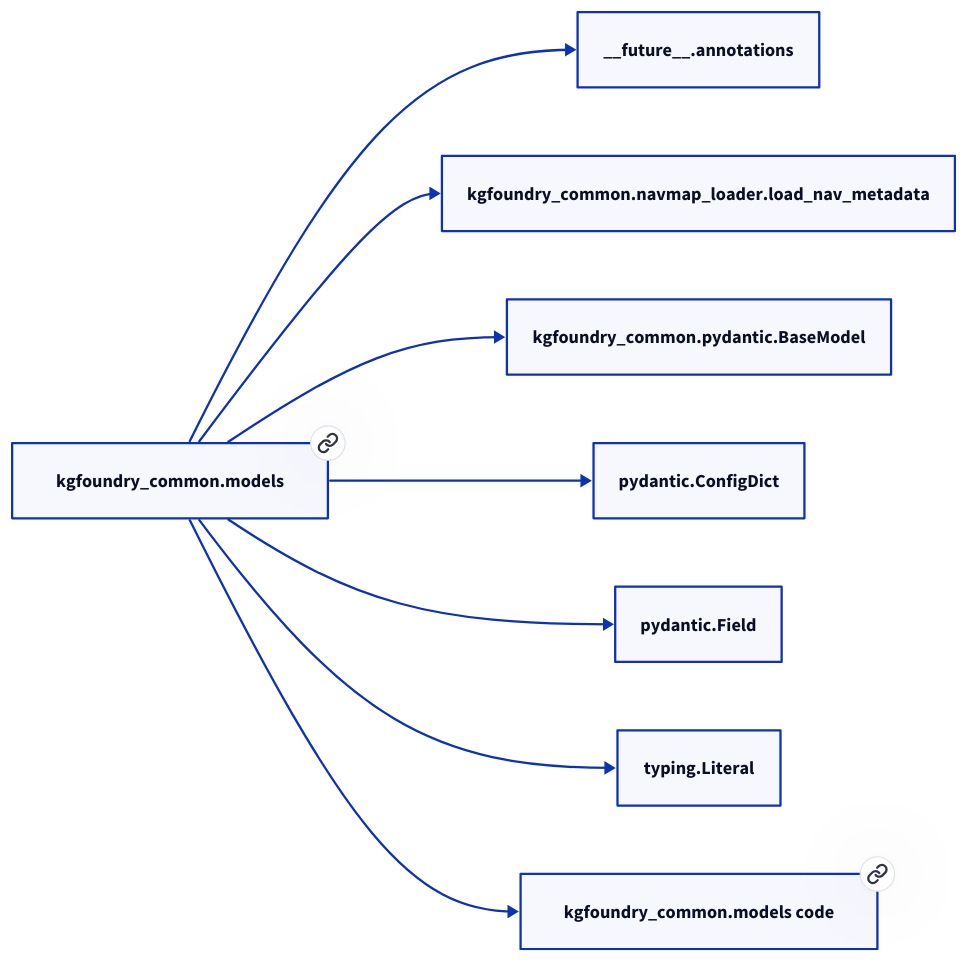
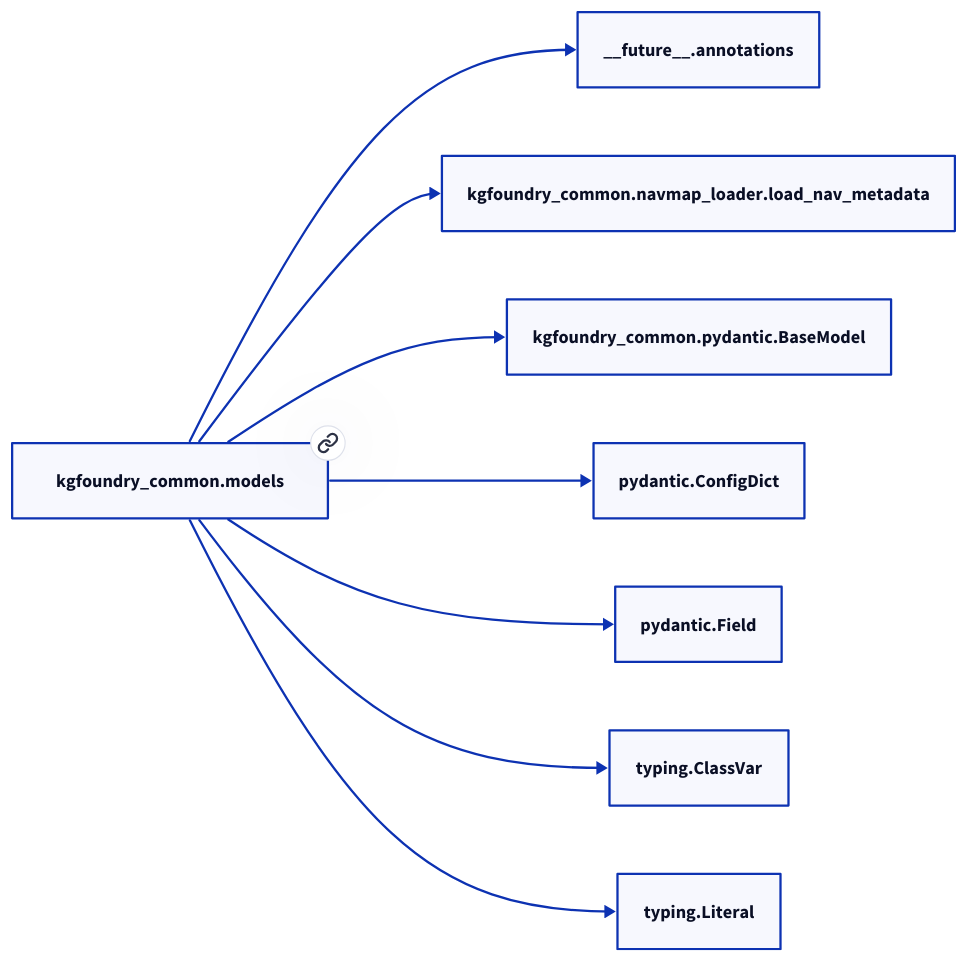
Before and after one commit to paul-heyse/kgforge: the second of 2 diagrams in docs/modules/kgfoundry_common/models.md, drawn with D2. The commit also changed other lines of this file and 118 other files, not shown here.

````diff
--- a/docs/modules/kgfoundry_common/models.md
+++ b/docs/modules/kgfoundry_common/models.md
@@ -64,18 +62,18 @@
 ```d2
 direction: right
-"kgfoundry_common.models": "kgfoundry_common.models" { link: "./kgfoundry_common/models.md" }
+"kgfoundry_common.models": "kgfoundry_common.models" { link: "models.md" }
 "__future__.annotations": "__future__.annotations"
 "kgfoundry_common.models" -> "__future__.annotations"
 "kgfoundry_common.navmap_loader.load_nav_metadata": "kgfoundry_common.navmap_loader.load_nav_metadata"
 "kgfoundry_common.models" -> "kgfoundry_common.navmap_loader.load_nav_metadata"
 "kgfoundry_common.pydantic.BaseModel": "kgfoundry_common.pydantic.BaseModel"
 "kgfoundry_common.models" -> "kgfoundry_common.pydantic.BaseModel"
 "pydantic.ConfigDict": "pydantic.ConfigDict"
 "kgfoundry_common.models" -> "pydantic.ConfigDict"
 "pydantic.Field": "pydantic.Field"
 "kgfoundry_common.models" -> "pydantic.Field"
+"typing.ClassVar": "typing.ClassVar"
+"kgfoundry_common.models" -> "typing.ClassVar"
 "typing.Literal": "typing.Literal"
 "kgfoundry_common.models" -> "typing.Literal"
-"kgfoundry_common.models_code": "kgfoundry_common.models code" { link: "https://github.com/kgfoundry/kgfoundry/blob/main/src/kgfoundry_common/models.py" }
-"kgfoundry_common.models" -> "kgfoundry_common.models_code" { style: dashed }
 ```
````
